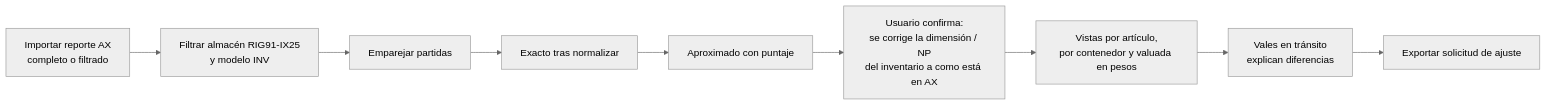
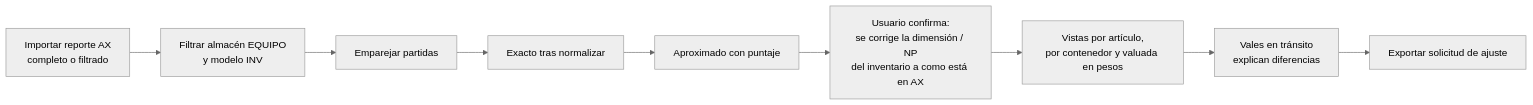
Before and after one commit to mrketchupp/Control-almacen: the third of 3 diagrams in docs/05-flujos.md, drawn with Mermaid (neutral theme). The commit also changed other lines of this file and 45 other files, not shown here.

````diff
--- a/docs/05-flujos.md
+++ b/docs/05-flujos.md
@@ -147,11 +147,11 @@
 ```mermaid
 flowchart LR
-    A[Importar reporte AX<br/>completo o filtrado] --> B[Filtrar almacén RIG91-IX25<br/>y modelo INV]
+    A[Importar reporte AX<br/>completo o filtrado] --> B[Filtrar almacén EQUIPO<br/>y modelo INV]
     B --> C[Emparejar partidas]
     C --> C2[Exacto tras normalizar]
     C2 --> C3[Aproximado con puntaje]
     C3 --> D[Usuario confirma:<br/>se corrige la dimensión / NP<br/>del inventario a como está en AX]
     D --> E[Vistas por artículo,<br/>por contenedor y valuada en pesos]
     E --> F[Vales en tránsito<br/>explican diferencias]
     F --> G[Exportar solicitud de ajuste]
 ```
````
